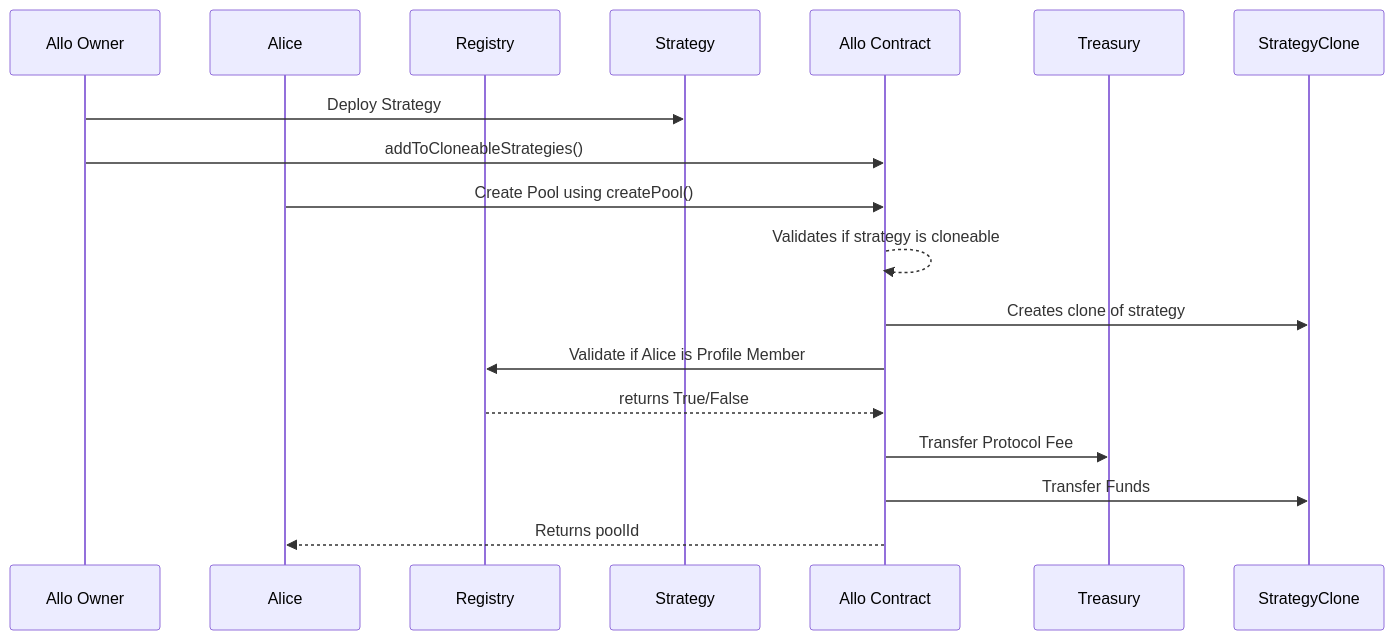
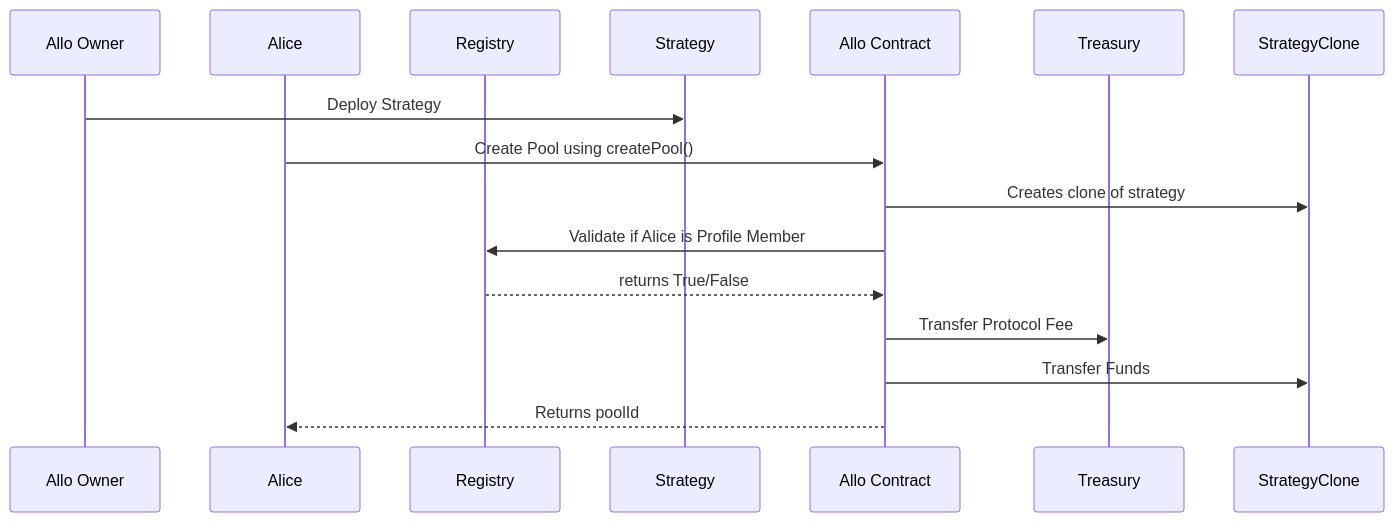
The first of 8 diagrams in contracts/core/Allo.md (allo-protocol/allo-v2), drawn with Mermaid before and after one commit. The commit also changed other lines of this file and 14 other files, not shown here.

````diff
--- a/contracts/core/Allo.md
+++ b/contracts/core/Allo.md
@@ -46,21 +44,19 @@
 ```mermaid
 sequenceDiagram
     participant AlloOwner as Allo Owner
     participant Alice as Alice
     participant Registry as Registry
     participant Strategy as Strategy
     participant Allo as Allo Contract
     participant Treasury as Treasury
     participant StrategyClone as StrategyClone
 
     AlloOwner->>Strategy: Deploy Strategy
-    AlloOwner->>Allo: addToCloneableStrategies()
     Alice->>Allo: Create Pool using createPool()
-    Allo-->>Allo: Validates if strategy is cloneable
     Allo->>StrategyClone: Creates clone of strategy
     Allo->>Registry: Validate if Alice is Profile Member
     Registry-->>Allo: returns True/False
     Allo->>Treasury: Transfer Protocol Fee
     Allo->>StrategyClone: Transfer Funds
     Allo-->>Alice: Returns poolId
 ```
````
